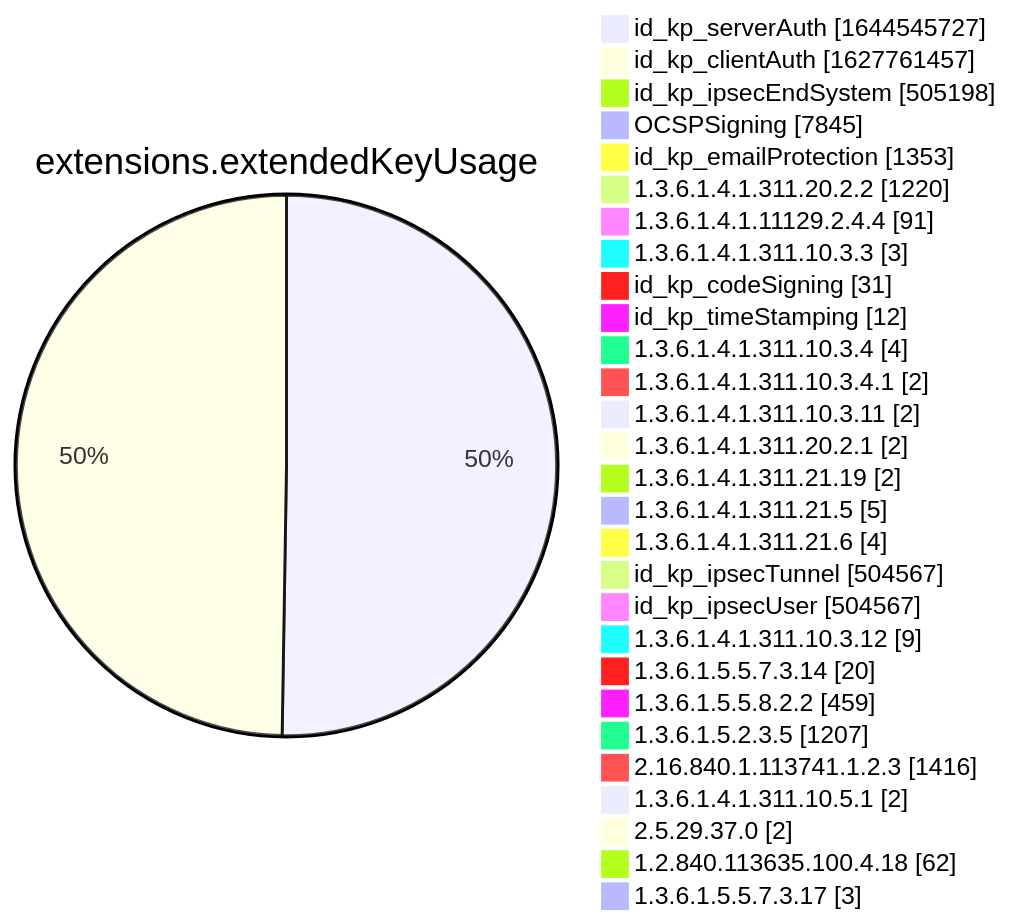
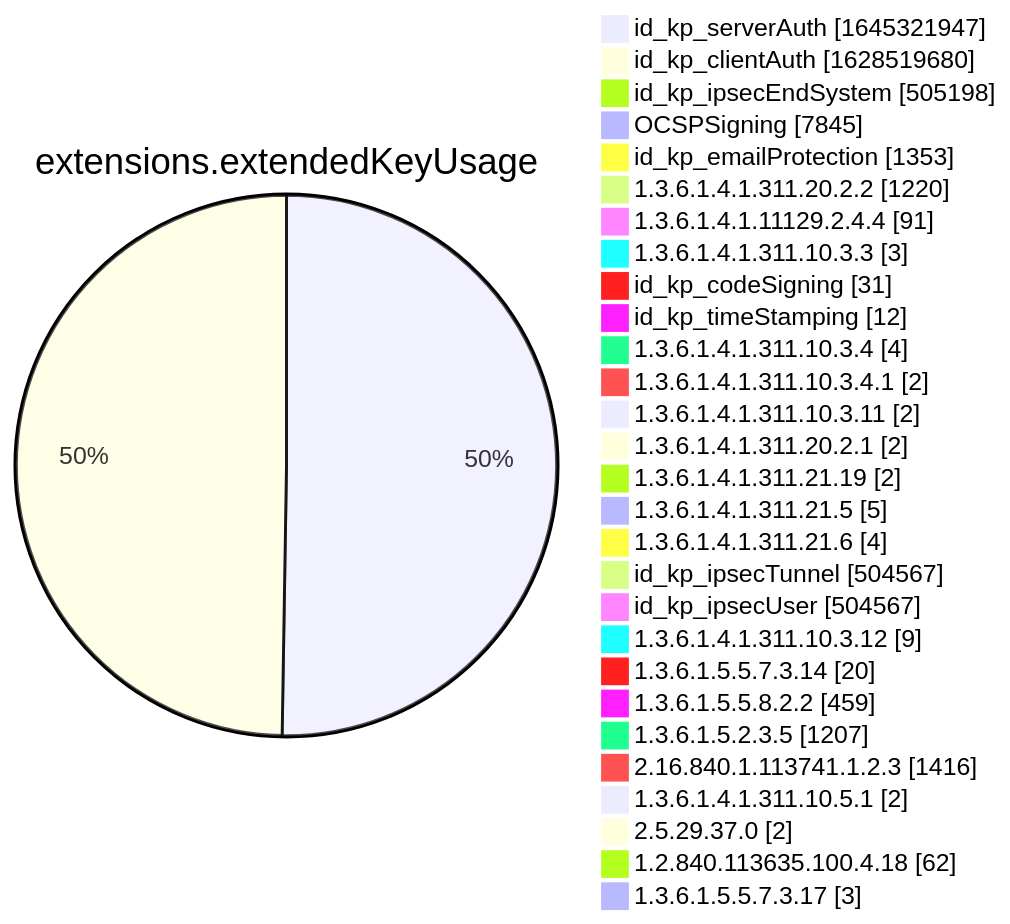
Diagram 12 of 15 in xenon2022/README.md (christiankrug/ctmonitor_visualization), drawn with Mermaid before and after one commit. The commit also changed other lines of this file, not shown here.

````diff
--- a/xenon2022/README.md
+++ b/xenon2022/README.md
@@ -3886,32 +3886,32 @@
 ```mermaid
 pie showData
 title extensions.extendedKeyUsage
-"id_kp_serverAuth" :1644545727
-"id_kp_clientAuth" :1627761457
+"id_kp_serverAuth" :1645321947
+"id_kp_clientAuth" :1628519680
 "id_kp_ipsecEndSystem" :505198
 "OCSPSigning" :7845
 "id_kp_emailProtection" :1353
 "1.3.6.1.4.1.311.20.2.2" :1220
 "1.3.6.1.4.1.11129.2.4.4" :91
 "1.3.6.1.4.1.311.10.3.3" :3
 "id_kp_codeSigning" :31
 "id_kp_timeStamping" :12
 "1.3.6.1.4.1.311.10.3.4" :4
 "1.3.6.1.4.1.311.10.3.4.1" :2
 "1.3.6.1.4.1.311.10.3.11" :2
 "1.3.6.1.4.1.311.20.2.1" :2
 "1.3.6.1.4.1.311.21.19" :2
 "1.3.6.1.4.1.311.21.5" :5
 "1.3.6.1.4.1.311.21.6" :4
 "id_kp_ipsecTunnel" :504567
 "id_kp_ipsecUser" :504567
 "1.3.6.1.4.1.311.10.3.12" :9
 "1.3.6.1.5.5.7.3.14" :20
 "1.3.6.1.5.5.8.2.2" :459
 "1.3.6.1.5.2.3.5" :1207
 "2.16.840.1.113741.1.2.3" :1416
 "1.3.6.1.4.1.311.10.5.1" :2
 "2.5.29.37.0" :2
 "1.2.840.113635.100.4.18" :62
 "1.3.6.1.5.5.7.3.17" :3
 ```
````
